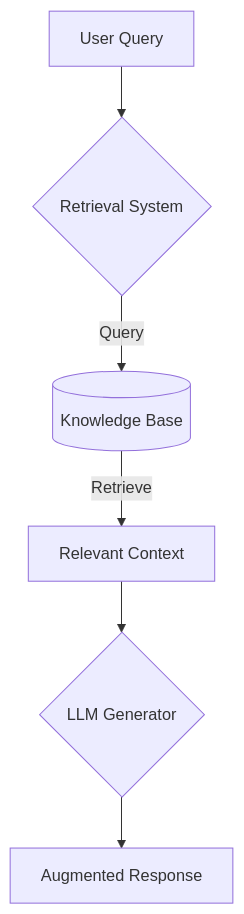
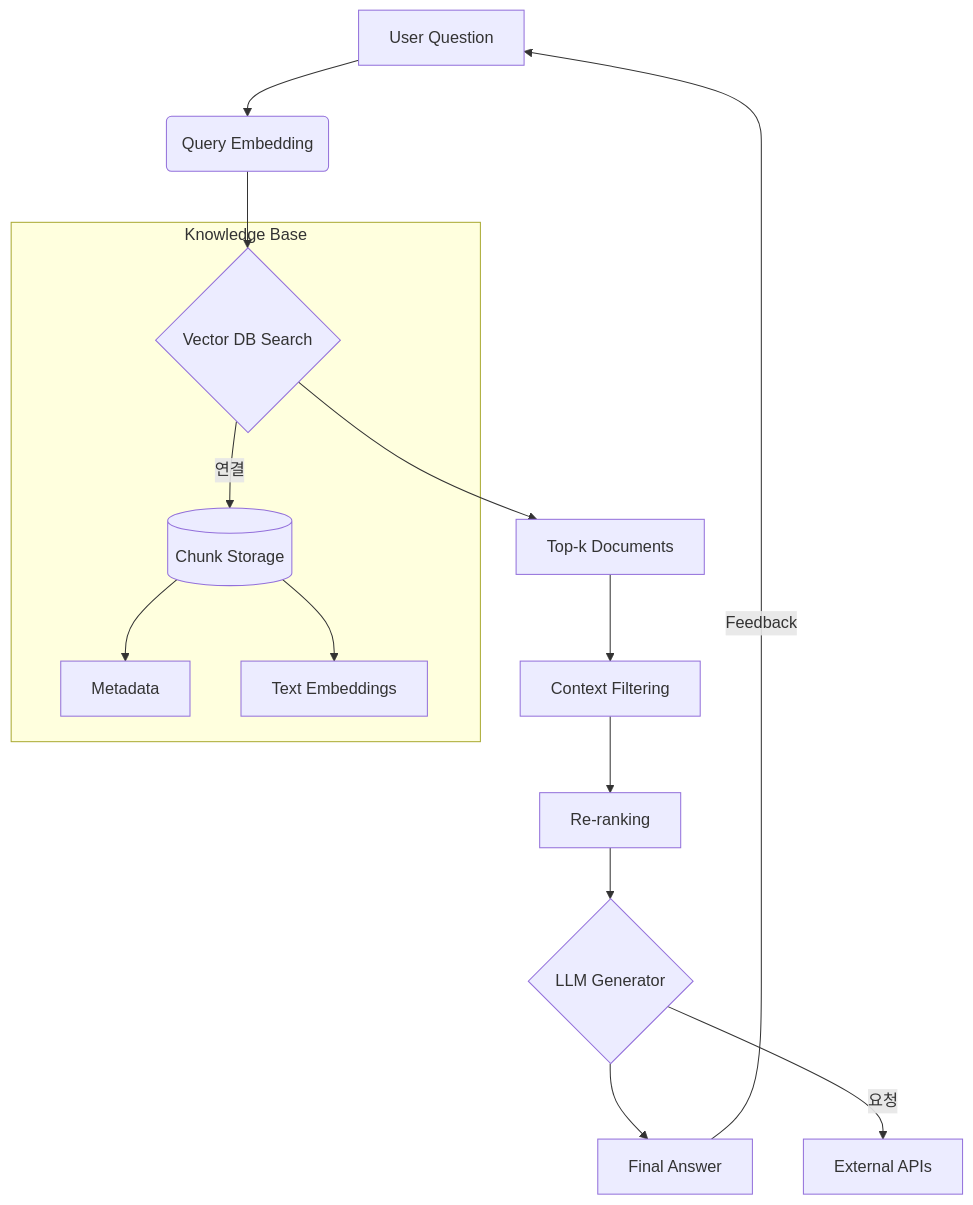
One commit to SGT-Cho/LLM changed the diagram in README.md. Above: the diagram before and after it, drawn with Mermaid.

````diff
--- a/README.md
+++ b/README.md
@@ -43,8 +43,19 @@
 ```mermaid
 graph TD
-    A[User Query] --> B{Retrieval System}
-    B -->|Query| C[(Knowledge Base)]
-    C -->|Retrieve| D[Relevant Context]
-    D --> E{LLM Generator}
-    E --> F[Augmented Response]
+    A[User Question] --> B(Query Embedding)
+    B --> C{Vector DB Search}
+    C --> D[Top-k Documents]
+    D --> E[Context Filtering]
+    E --> F[Re-ranking]
+    F --> G{LLM Generator}
+    G --> H[Final Answer]
+    
+    subgraph Knowledge Base
+        C -->|연결| I[(Chunk Storage)]
+        I --> J[Metadata]
+        I --> K[Text Embeddings]
+    end
+    
+    G -->|요청| M[External APIs]
+    H -->|Feedback| A
 ```
````
